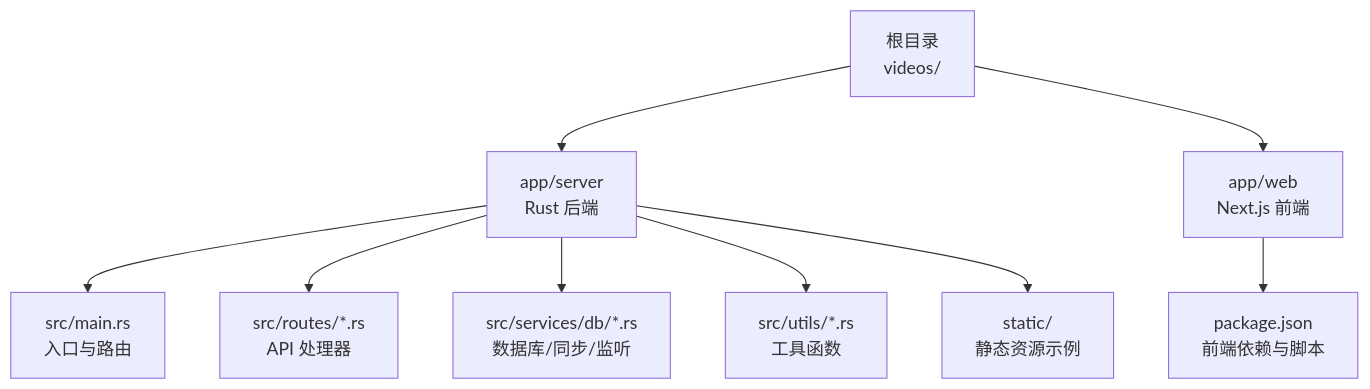
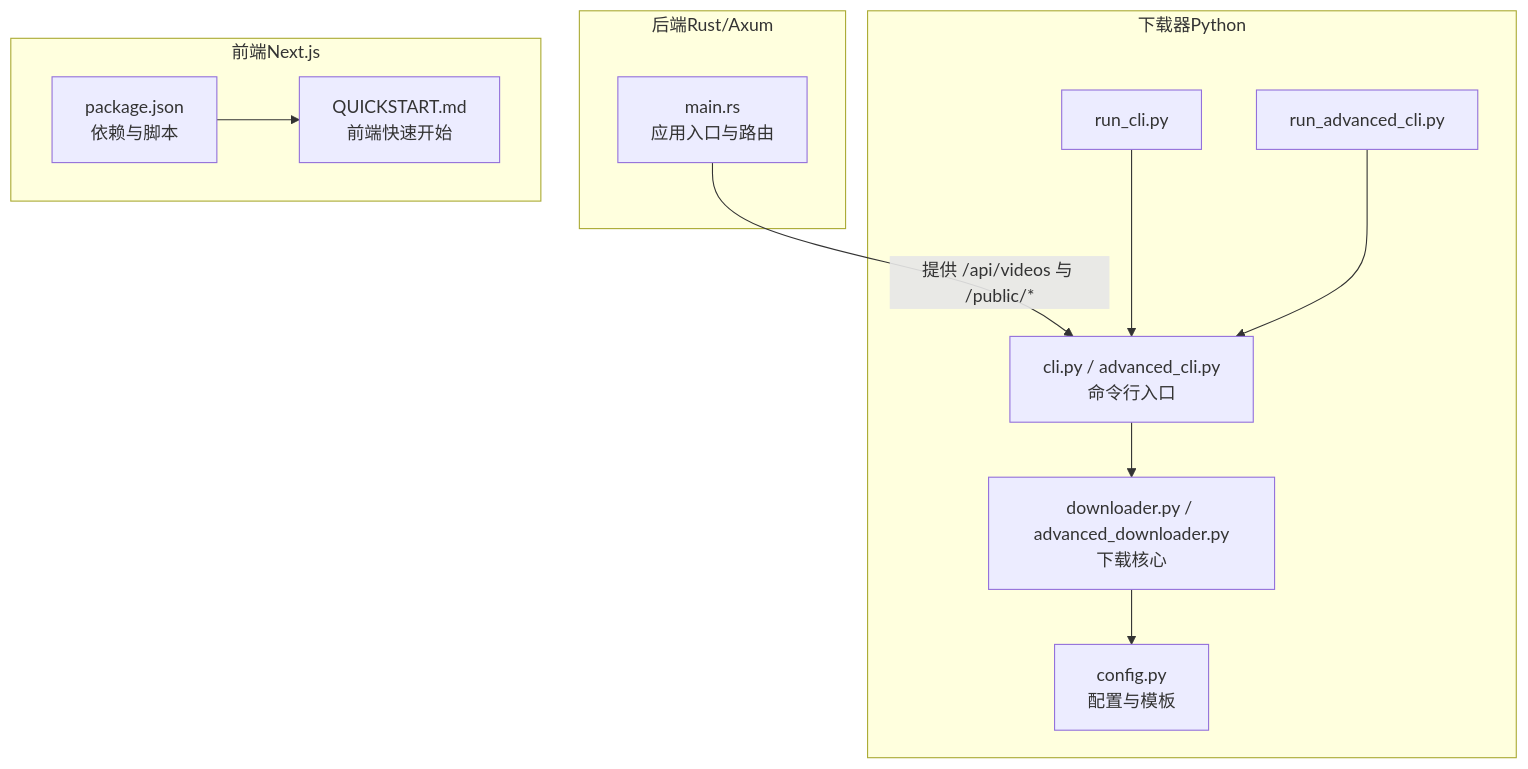
The first of 4 diagrams in .qoder/repowiki/zh/content/快速开始.md (Sunrisies/videos), drawn with Mermaid before and after one commit. The commit also changed other lines of this file and 26 other files, not shown here.

````diff
--- a/.qoder/repowiki/zh/content/快速开始.md
+++ b/.qoder/repowiki/zh/content/快速开始.md
@@ -42,11 +45,23 @@
 ```mermaid
 graph TB
-A["根目录<br/>videos/"] --> B["app/server<br/>Rust 后端"]
-A --> C["app/web<br/>Next.js 前端"]
-B --> B1["src/main.rs<br/>入口与路由"]
-B --> B2["src/routes/*.rs<br/>API 处理器"]
-B --> B3["src/services/db/*.rs<br/>数据库/同步/监听"]
-B --> B4["src/utils/*.rs<br/>工具函数"]
-B --> B5["static/<br/>静态资源示例"]
-C --> C1["package.json<br/>前端依赖与脚本"]
+subgraph "后端Rust/Axum"
+RS_MAIN["main.rs<br/>应用入口与路由"]
+end
+subgraph "下载器Python"
+PY_CLI["cli.py / advanced_cli.py<br/>命令行入口"]
+PY_CORE["downloader.py / advanced_downloader.py<br/>下载核心"]
+PY_CFG["config.py<br/>配置与模板"]
+PY_RUN1["run_cli.py"]
+PY_RUN2["run_advanced_cli.py"]
+end
+subgraph "前端Next.js"
+WEB_PKG["package.json<br/>依赖与脚本"]
+WEB_QS["QUICKSTART.md<br/>前端快速开始"]
+end
+RS_MAIN --> |"提供 /api/videos 与 /public/*"| PY_CLI
+PY_CORE --> PY_CFG
+PY_CLI --> PY_CORE
+PY_RUN1 --> PY_CLI
+PY_RUN2 --> PY_CLI
+WEB_PKG --> WEB_QS
 ```
````
